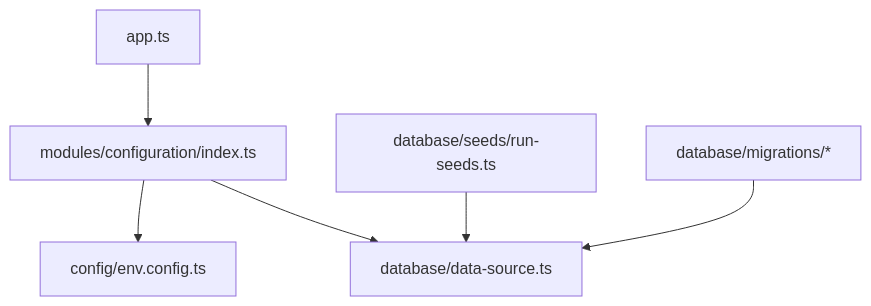
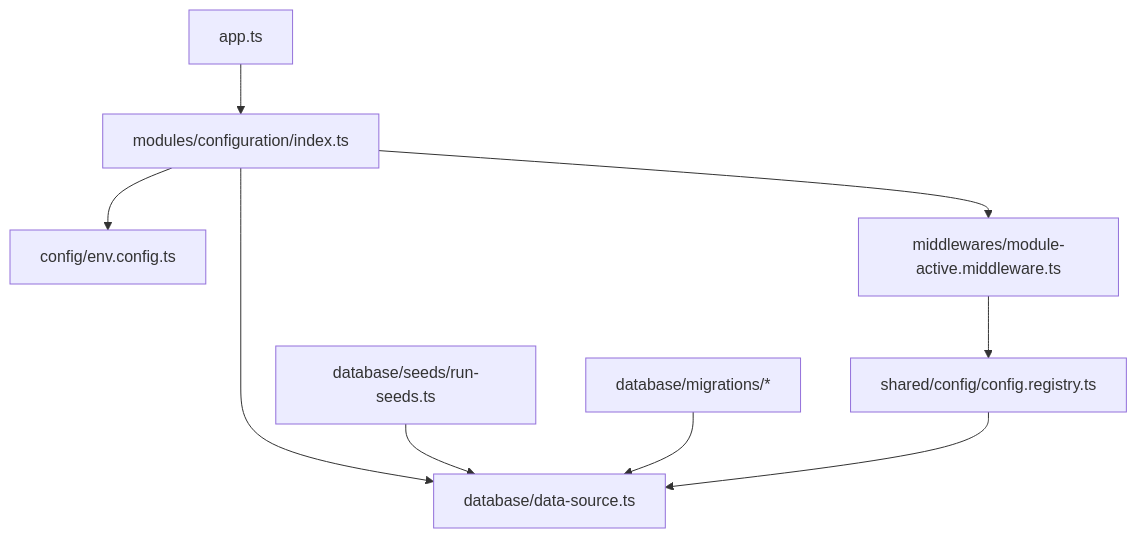
Before and after one commit to franckylab/eLISAschool: diagram 11 of 11 in .qoder/repowiki/en/content/Modules & Features/Administrative Modules/Institutional Configuration.md, drawn with Mermaid. The commit also changed other lines of this file and 236 other files, not shown here.

````diff
--- a/.qoder/repowiki/en/content/Modules & Features/Administrative Modules/Institutional Configuration.md
+++ b/.qoder/repowiki/en/content/Modules & Features/Administrative Modules/Institutional Configuration.md
@@ -510,14 +661,19 @@
 ```mermaid
 graph TB
 App["app.ts"]
 CfgIdx["modules/configuration/index.ts"]
 DS["database/data-source.ts"]
 Env["config/env.config.ts"]
 Seed["database/seeds/run-seeds.ts"]
 Migrations["database/migrations/*"]
+Registry["shared/config/config.registry.ts"]
+MW["middlewares/module-active.middleware.ts"]
 App --> CfgIdx
 CfgIdx --> DS
 CfgIdx --> Env
+CfgIdx --> MW
+MW --> Registry
 Seed --> DS
 Migrations --> DS
+Registry --> DS
 ```
````
